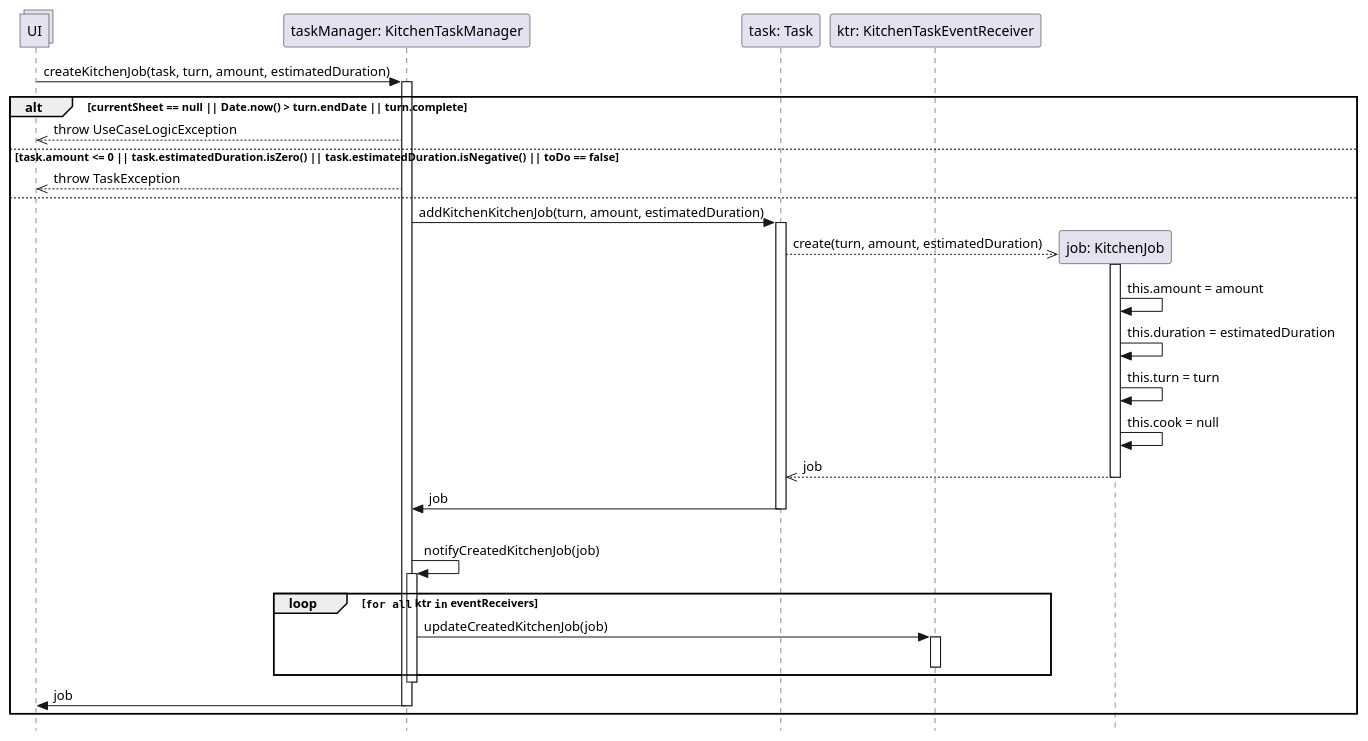
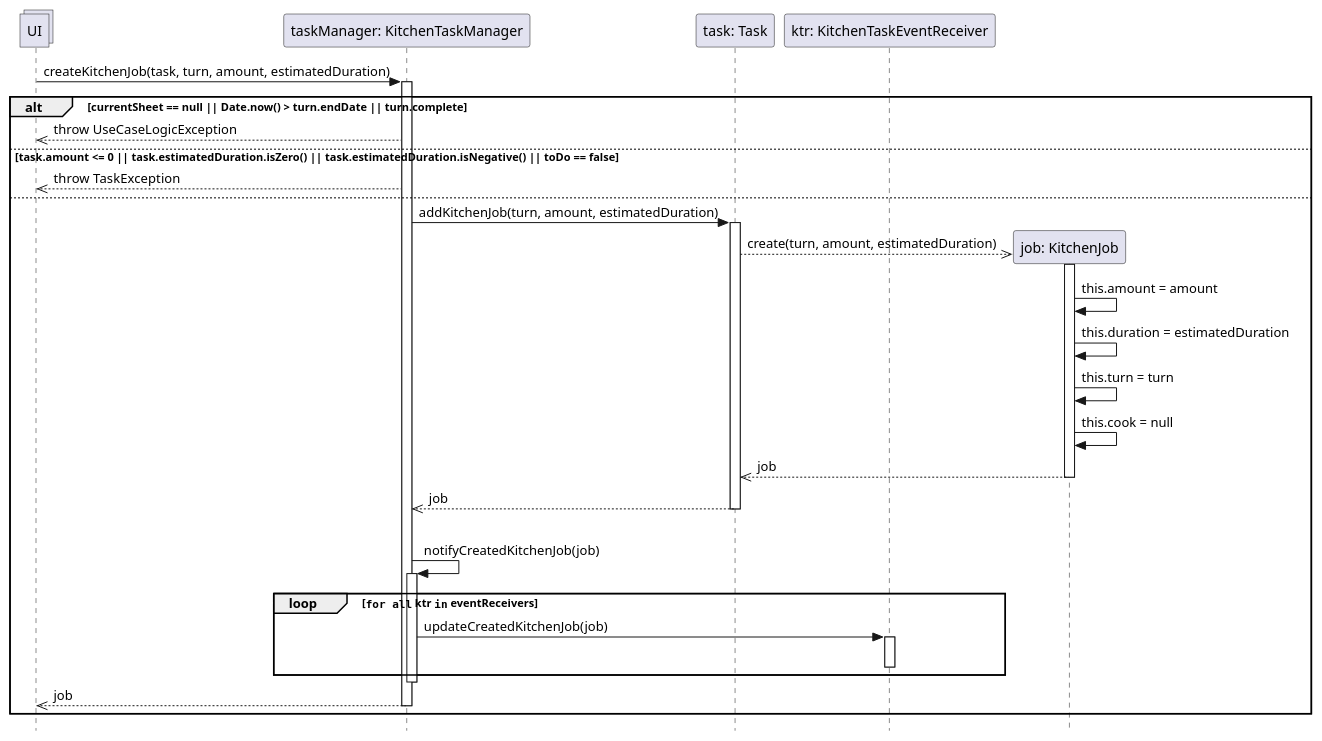
The diagram in UP/Progettazione/UC Gestire Compiti Cucina/DSD/DSD Operazione 6.puml (stefa168/sas-project), drawn with PlantUML before and after one commit. The commit also changed 2 other files, not shown here.

```diff
--- a/UP/Progettazione/UC Gestire Compiti Cucina/DSD/DSD Operazione 6.puml
+++ b/UP/Progettazione/UC Gestire Compiti Cucina/DSD/DSD Operazione 6.puml
@@ -1,51 +1,51 @@
 @startuml Operazione 6
 skinparam Style strictuml
 
 collections UI
 
 participant "taskManager: KitchenTaskManager" as tm
 UI -> tm: createKitchenJob(task, turn, amount, estimatedDuration)
 activate tm
 
 participant "task: Task" as task
 participant "ktr: KitchenTaskEventReceiver" as ktr
 
 alt currentSheet == null || Date.now() > turn.endDate || turn.complete
     UI <<-- tm: throw UseCaseLogicException
 else task.amount <= 0 || task.estimatedDuration.isZero() || task.estimatedDuration.isNegative() || toDo == false
     UI <<-- tm: throw TaskException
 else
 
-    tm -> task: addKitchenKitchenJob(turn, amount, estimatedDuration)
+    tm -> task: addKitchenJob(turn, amount, estimatedDuration)
     activate task
 
     participant "job: KitchenJob" as job
     task -->> job**: create(turn, amount, estimatedDuration)
 
     activate job
         job -> job: this.amount = amount
         job -> job: this.duration = estimatedDuration
         job -> job: this.turn = turn
         job -> job: this.cook = null
 
     return job
 
-    tm <- task: job
+    tm <<-- task: job
     deactivate task
 
     |||
     tm -> tm: notifyCreatedKitchenJob(job)
     activate tm
     loop ""for all"" ktr ""in"" eventReceivers
         tm -> ktr : updateCreatedKitchenJob(job)
         activate ktr
         deactivate ktr
     end
     deactivate tm
 
-    UI <- tm: job
+    UI <<-- tm: job
     deactivate tm
     
 end
 
 @enduml
```
